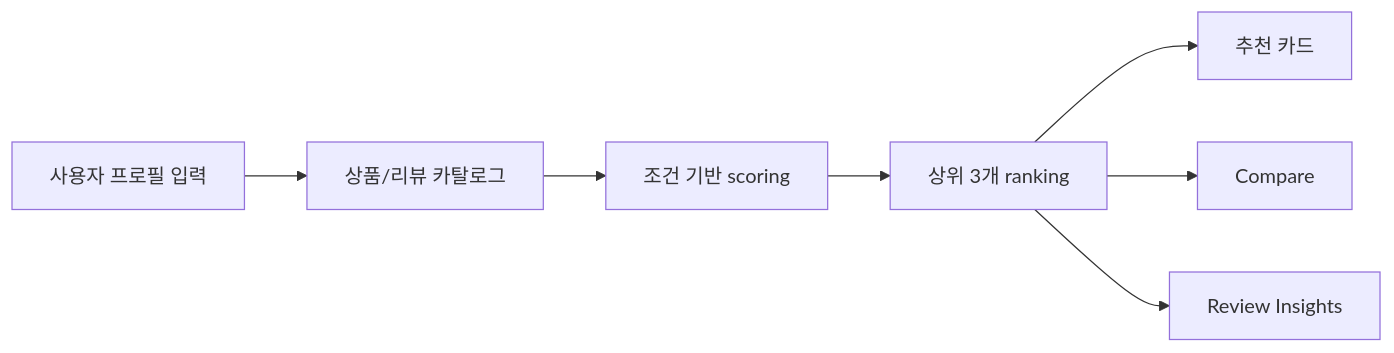
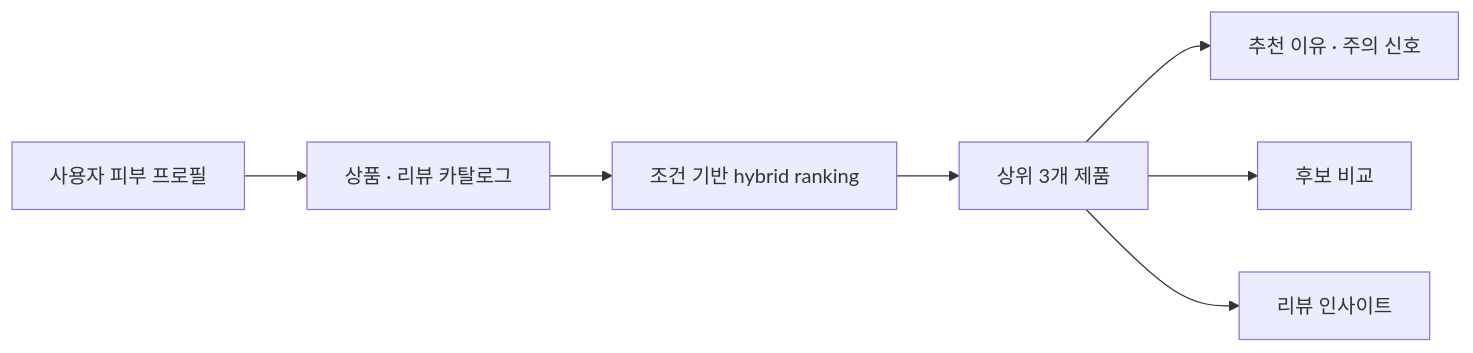
One commit to Samuel-0930/glowfit-ai changed the first of 2 diagrams in README.md. Above: the diagram before and after it, drawn with Mermaid. The commit also changed other lines of this file, not shown here.

````diff
--- a/README.md
+++ b/README.md
@@ -24,9 +35,9 @@
 ```mermaid
 flowchart LR
-    A["사용자 프로필 입력"] --> B["상품/리뷰 카탈로그"]
-    B --> C["조건 기반 scoring"]
-    C --> D["상위 3개 ranking"]
-    D --> E["추천 카드"]
-    D --> F["Compare"]
-    D --> G["Review Insights"]
+    A["사용자 피부 프로필"] --> B["상품 · 리뷰 카탈로그"]
+    B --> C["조건 기반 hybrid ranking"]
+    C --> D["상위 3개 제품"]
+    D --> E["추천 이유 · 주의 신호"]
+    D --> F["후보 비교"]
+    D --> G["리뷰 인사이트"]
 ```
````
